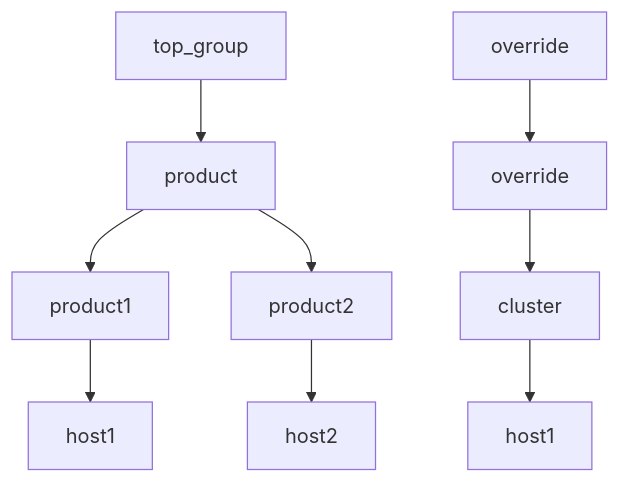
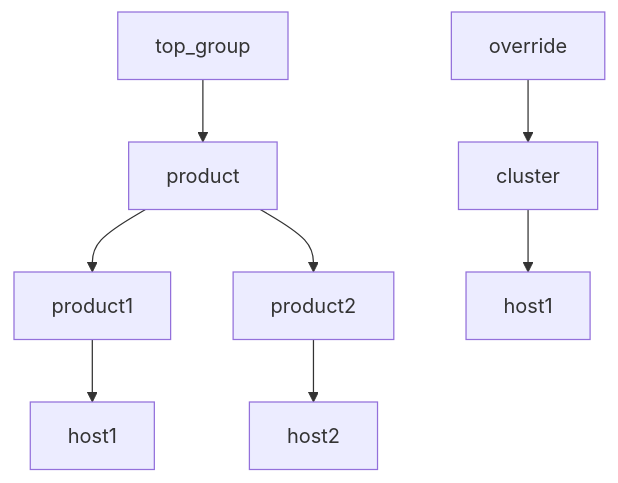
One commit to lj020326/Ansible-inventory-file-examples changed the diagram in tests/ansible-group-priority/example3/README.md. Above: the diagram before and after it, drawn with Mermaid.

Commit message:
develop-lj - 	modified:   tests/ansible-group-priority/example3/README.md

````diff
--- a/tests/ansible-group-priority/example3/README.md
+++ b/tests/ansible-group-priority/example3/README.md
@@ -11,11 +11,10 @@
 ```mermaid
 graph TD;
     A[top_group] --> C[product]
-    B[override] --> F[override]
+    B[override] --> F[cluster]
     C --> D["product1"]
     C --> E["product2"]
     D --> H["host1"]
     E --> I["host2"]
-    F --> G["cluster"]
-    G --> J["host1"]
+    F --> J["host1"]
 ```
````
